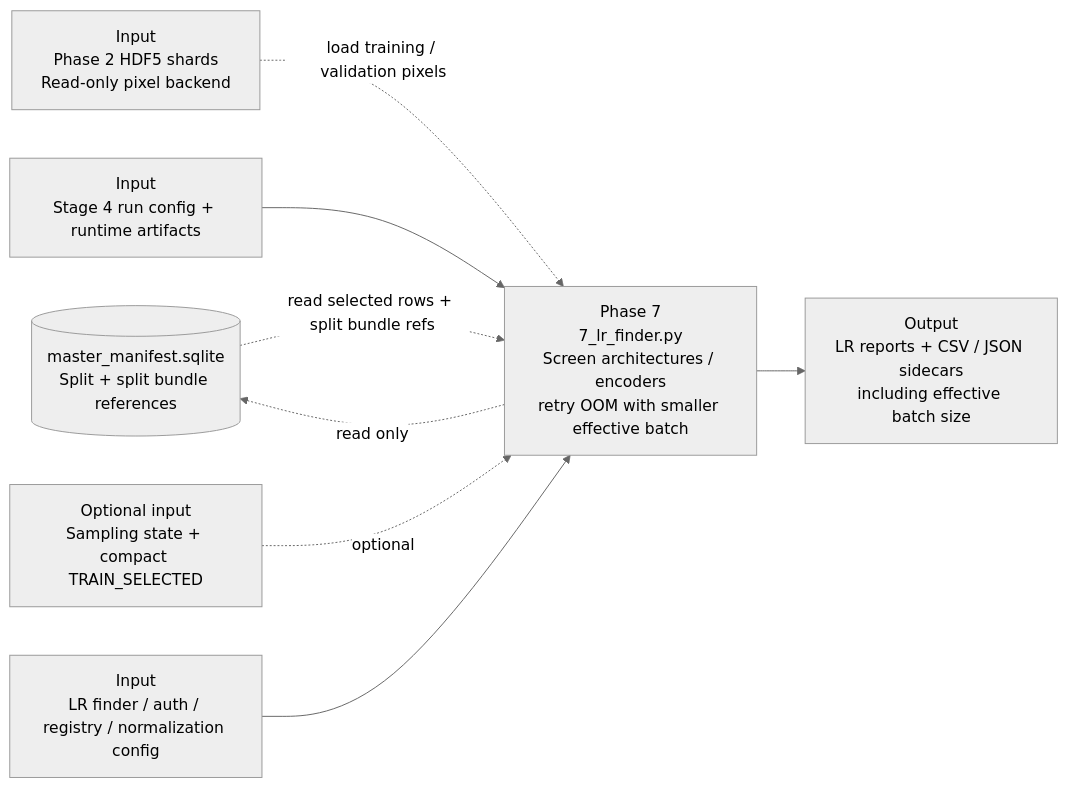
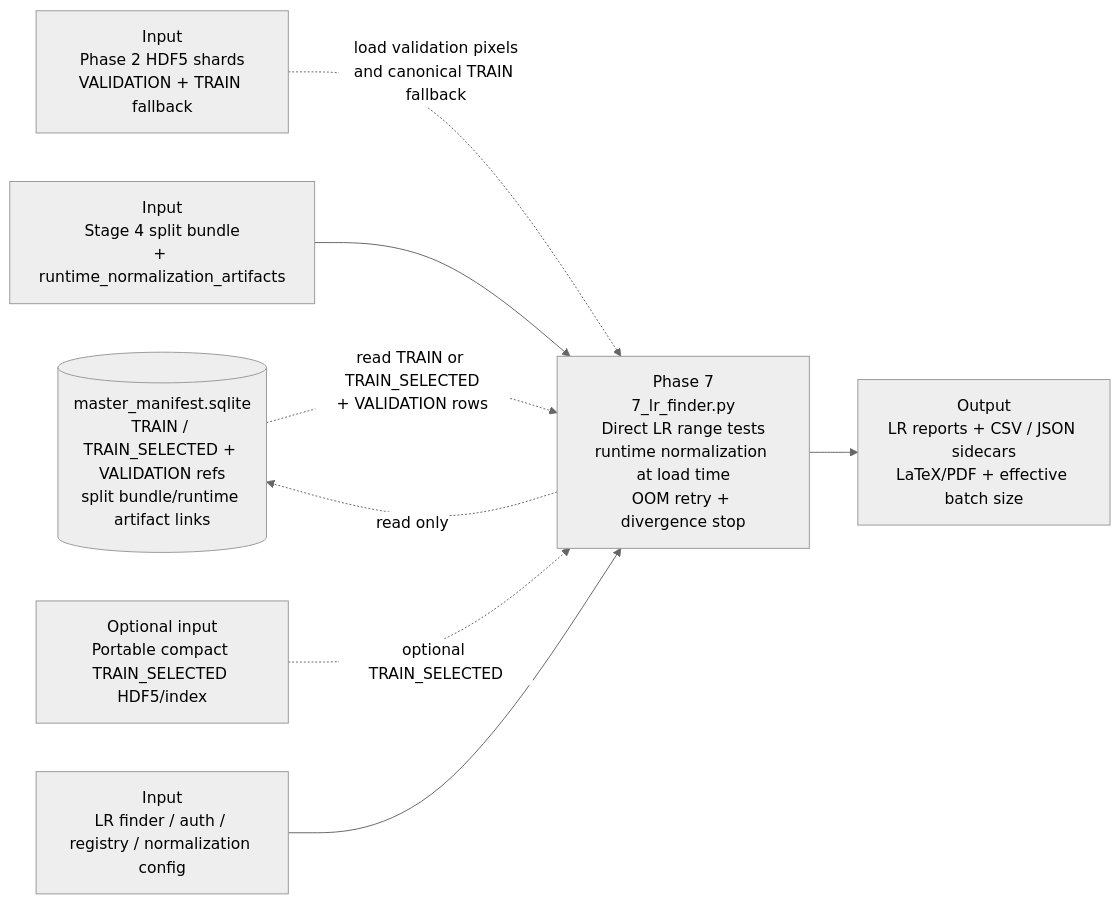
One commit to bhnunes/Master_Coding changed the diagram in MERMAID/phase_7_lr_finder.mermaid. Above: the diagram before and after it, drawn with Mermaid (neutral theme). The commit also changed 27 other files, not shown here.

```diff
--- a/MERMAID/phase_7_lr_finder.mermaid
+++ b/MERMAID/phase_7_lr_finder.mermaid
@@ -1,16 +1,16 @@
 flowchart LR
-    manifest[(master_manifest.sqlite<br/>Split + split bundle references)]
-    shards[Input<br/>Phase 2 HDF5 shards<br/>Read-only pixel backend]
-    phase4_outputs[Input<br/>Stage 4 run config + runtime artifacts]
-    phase6_outputs[Optional input<br/>Sampling state + compact TRAIN_SELECTED]
+    manifest[(master_manifest.sqlite<br/>TRAIN / TRAIN_SELECTED + VALIDATION refs<br/>split bundle/runtime artifact links)]
+    shards[Input<br/>Phase 2 HDF5 shards<br/>VALIDATION + TRAIN fallback]
+    phase4_outputs[Input<br/>Stage 4 split bundle<br/>+ runtime_normalization_artifacts]
+    compact[Optional input<br/>Portable compact TRAIN_SELECTED HDF5/index]
     env[Input<br/>LR finder / auth / registry / normalization config]
-    p7[Phase 7<br/>7_lr_finder.py<br/>Screen architectures / encoders<br/>retry OOM with smaller effective batch]
-    reports[Output<br/>LR reports + CSV / JSON sidecars<br/>including effective batch size]
+    p7[Phase 7<br/>7_lr_finder.py<br/>Direct LR range tests<br/>runtime normalization at load time<br/>OOM retry + divergence stop]
+    reports[Output<br/>LR reports + CSV / JSON sidecars<br/>LaTeX/PDF + effective batch size]
 
-    manifest -. read selected rows + split bundle refs .-> p7
-    shards -. load training / validation pixels .-> p7
+    manifest -. read TRAIN or TRAIN_SELECTED<br/>+ VALIDATION rows .-> p7
+    shards -. load validation pixels<br/>and canonical TRAIN fallback .-> p7
     phase4_outputs --> p7
-    phase6_outputs -. optional .-> p7
+    compact -. optional TRAIN_SELECTED .-> p7
     env --> p7
     p7 --> reports
     p7 -. read only .-> manifest
```
